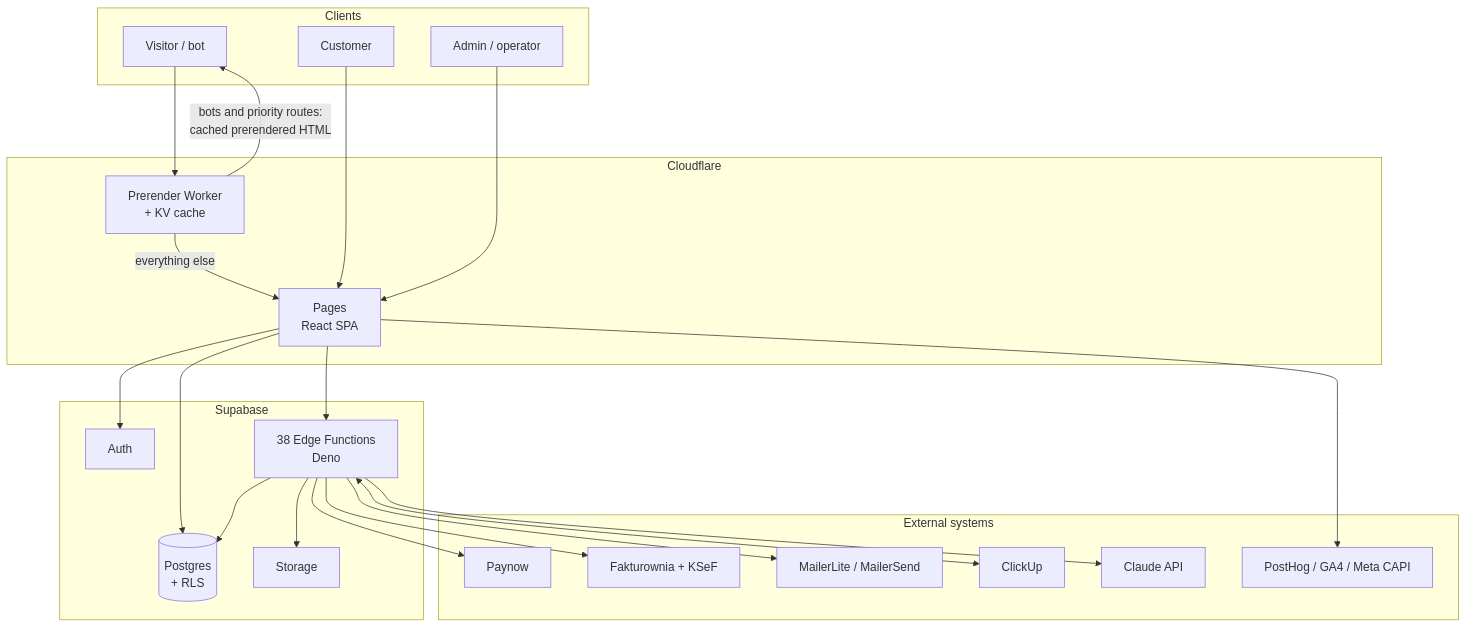
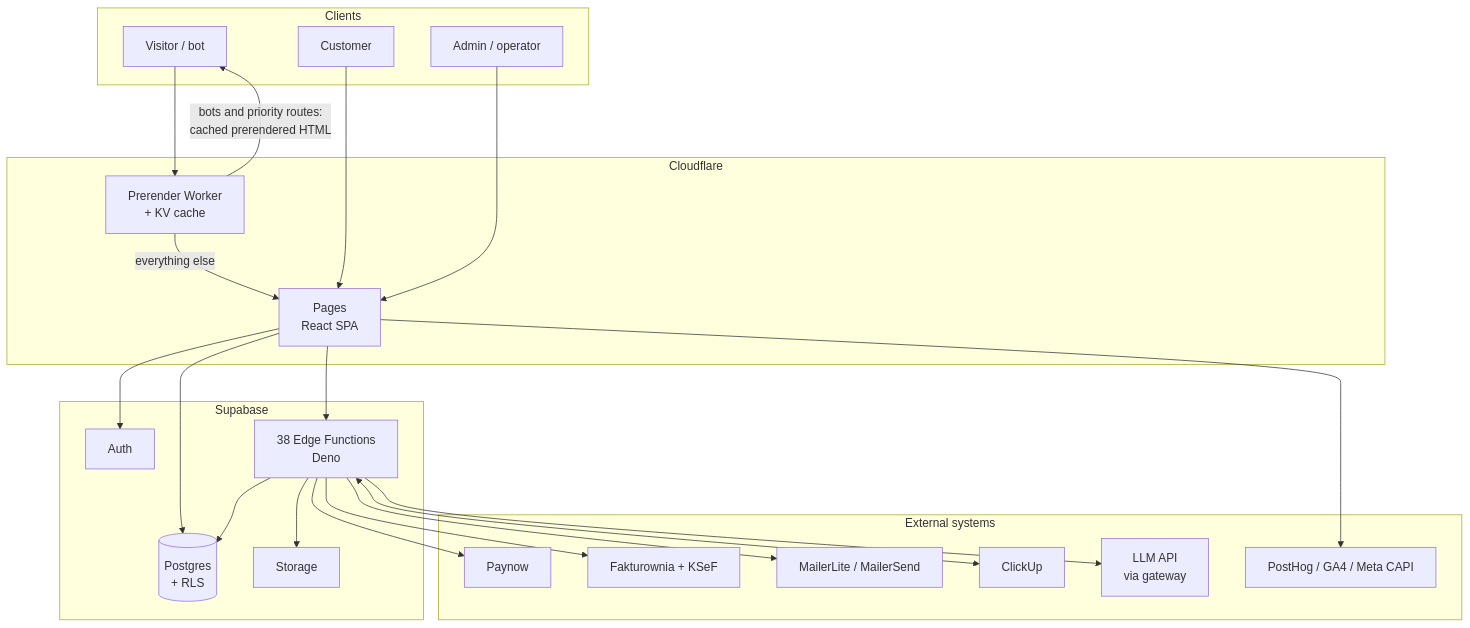
The diagram in README.md (mioduszewsky/eskapizm-architecture), drawn with Mermaid before and after one commit. The commit also changed other lines of this file and 4 other files, not shown here.

````diff
--- a/README.md
+++ b/README.md
@@ -31,46 +31,46 @@
 ```mermaid
 flowchart TB
     subgraph clients [Clients]
         V[Visitor / bot]
         C[Customer]
         A[Admin / operator]
     end
 
     subgraph edge [Cloudflare]
         W[Prerender Worker<br/>+ KV cache]
         P[Pages<br/>React SPA]
     end
 
     subgraph supa [Supabase]
         DB[(Postgres<br/>+ RLS)]
         AU[Auth]
         ST[Storage]
         EF[38 Edge Functions<br/>Deno]
     end
 
     subgraph ext [External systems]
         PAY[Paynow]
         INV[Fakturownia + KSeF]
         MAIL[MailerLite / MailerSend]
         TASK[ClickUp]
-        AI[Claude API]
+        AI[LLM API<br/>via gateway]
         ANA[PostHog / GA4 / Meta CAPI]
     end
 
     V --> W
     W -->|bots and priority routes:<br/>cached prerendered HTML| V
     W -->|everything else| P
     C --> P
     A --> P
     P --> AU
     P --> DB
     P --> EF
     EF --> DB
     EF --> ST
     EF --> PAY
     EF --> INV
     EF --> MAIL
     EF <--> TASK
     EF --> AI
     P --> ANA
 ```
````
